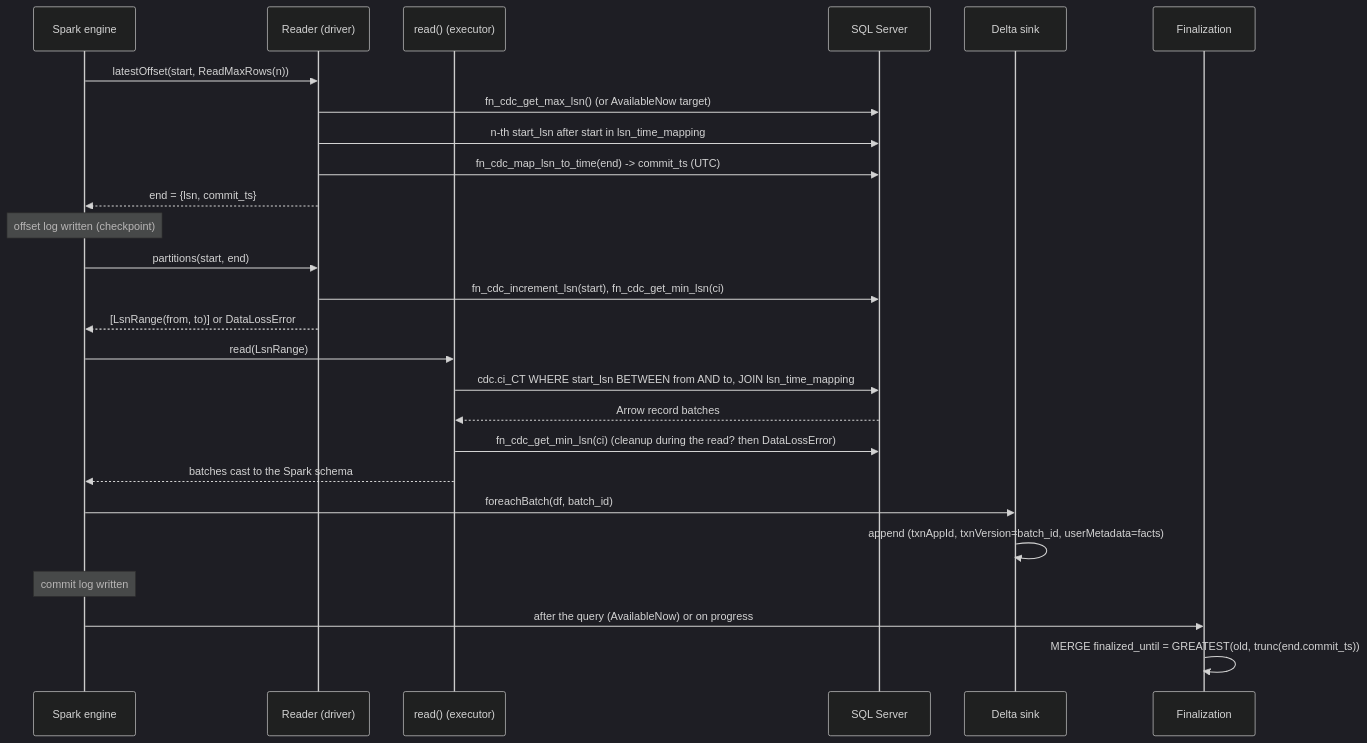
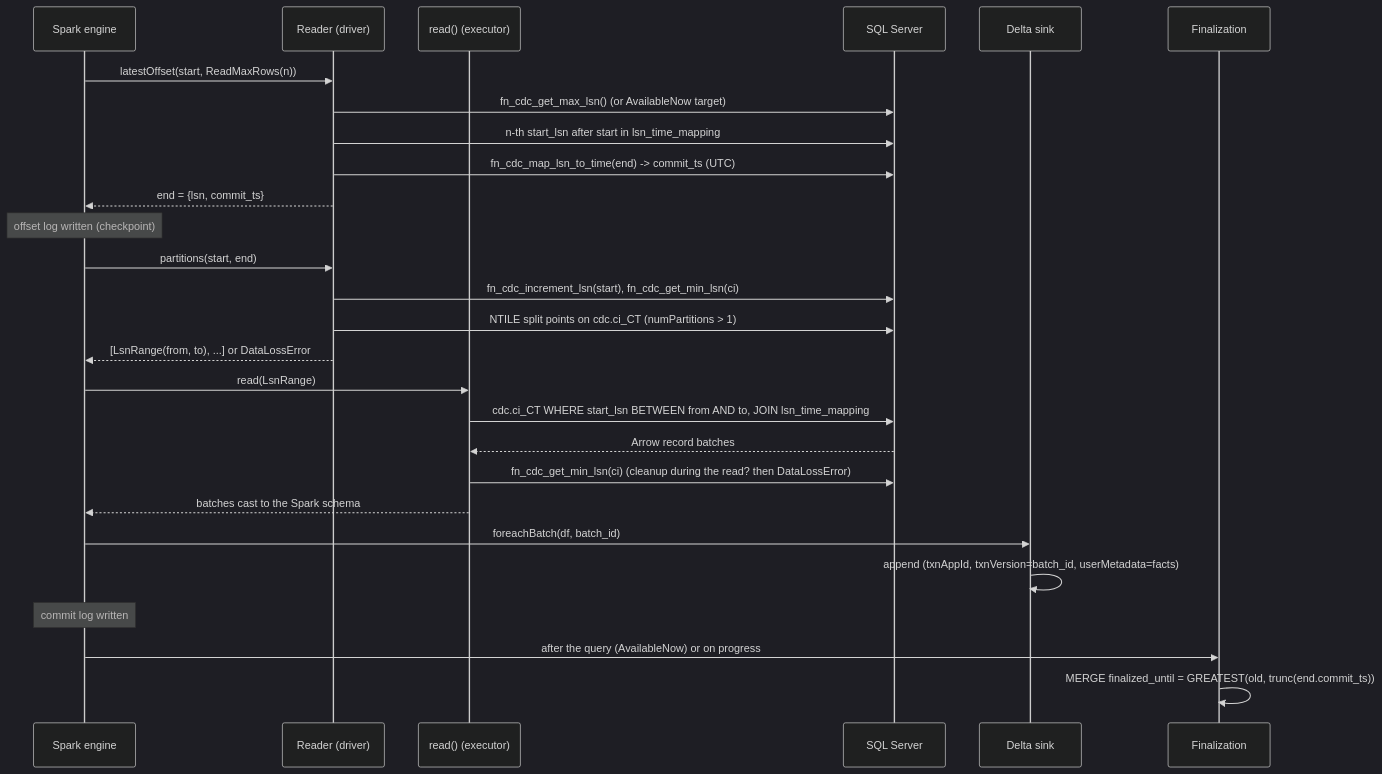
The second of 2 diagrams in docs/ARCHITECTURE.md (emanuel-luis/mssql-cdc-pyspark), drawn with Mermaid (dark theme) before and after one commit. The commit also changed other lines of this file and 5 other files, not shown here.

````diff
--- a/docs/ARCHITECTURE.md
+++ b/docs/ARCHITECTURE.md
@@ -50,29 +53,30 @@
 ```mermaid
 sequenceDiagram
   participant E as Spark engine
   participant R as Reader (driver)
   participant X as read() (executor)
   participant S as SQL Server
   participant D as Delta sink
   participant F as Finalization
 
   E->>R: latestOffset(start, ReadMaxRows(n))
   R->>S: fn_cdc_get_max_lsn()  (or AvailableNow target)
   R->>S: n-th start_lsn after start in lsn_time_mapping
   R->>S: fn_cdc_map_lsn_to_time(end)  -> commit_ts (UTC)
   R-->>E: end = {lsn, commit_ts}
   Note over E: offset log written (checkpoint)
   E->>R: partitions(start, end)
   R->>S: fn_cdc_increment_lsn(start), fn_cdc_get_min_lsn(ci)
-  R-->>E: [LsnRange(from, to)]  or DataLossError
+  R->>S: NTILE split points on cdc.ci_CT (numPartitions > 1)
+  R-->>E: [LsnRange(from, to), ...]  or DataLossError
   E->>X: read(LsnRange)
   X->>S: cdc.ci_CT WHERE start_lsn BETWEEN from AND to, JOIN lsn_time_mapping
   S-->>X: Arrow record batches
   X->>S: fn_cdc_get_min_lsn(ci)  (cleanup during the read? then DataLossError)
   X-->>E: batches cast to the Spark schema
   E->>D: foreachBatch(df, batch_id)
   D->>D: append (txnAppId, txnVersion=batch_id, userMetadata=facts)
   Note over E: commit log written
   E->>F: after the query (AvailableNow) or on progress
   F->>F: MERGE finalized_until = GREATEST(old, trunc(end.commit_ts))
 ```
````
